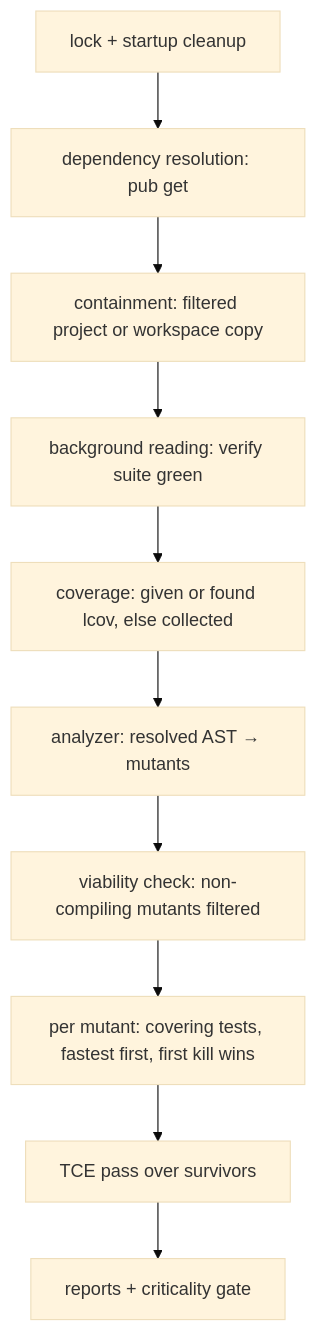
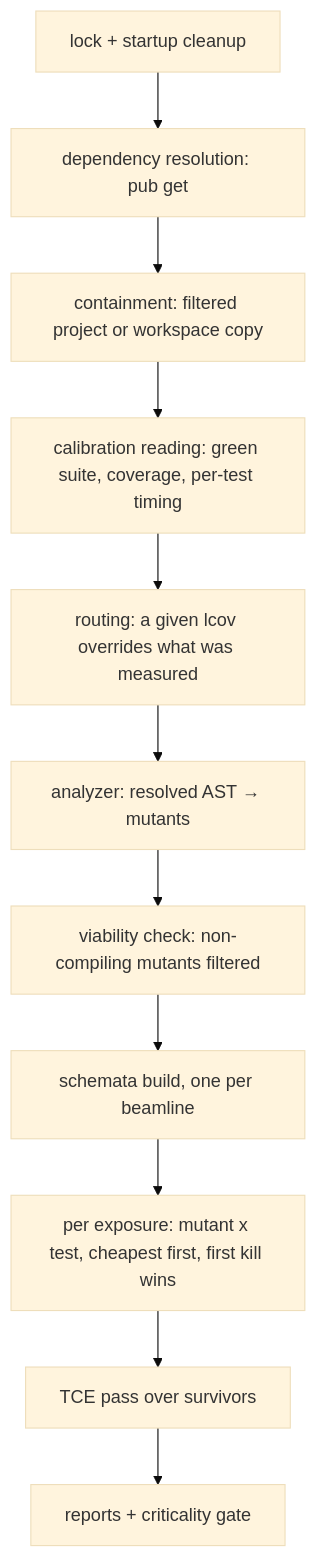
Before and after one commit to memento-engineering/butcher: the diagram in docs/decisions/index.md, drawn with Mermaid (base theme). The commit also changed other lines of this file and 15 other files, not shown here.

````diff
--- a/docs/decisions/index.md
+++ b/docs/decisions/index.md
@@ -9,12 +9,13 @@
 ```mermaid
 flowchart TD
     A[lock + startup cleanup] --> P[dependency resolution: pub get]
     P --> B[containment: filtered project or workspace copy]
-    B --> C[background reading: verify suite green]
-    C --> E[coverage: given or found lcov, else collected]
+    B --> C[calibration reading: green suite, coverage, per-test timing]
+    C --> E[routing: a given lcov overrides what was measured]
     E --> D[analyzer: resolved AST → mutants]
     D --> V[viability check: non-compiling mutants filtered]
-    V --> G[per mutant: covering tests, fastest first, first kill wins]
+    V --> F[schemata build, one per beamline]
+    F --> G[per exposure: mutant x test, cheapest first, first kill wins]
     G --> H[TCE pass over survivors]
     H --> I[reports + criticality gate]
 ```
````
